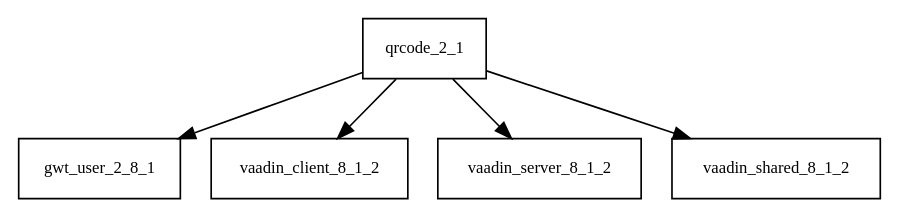
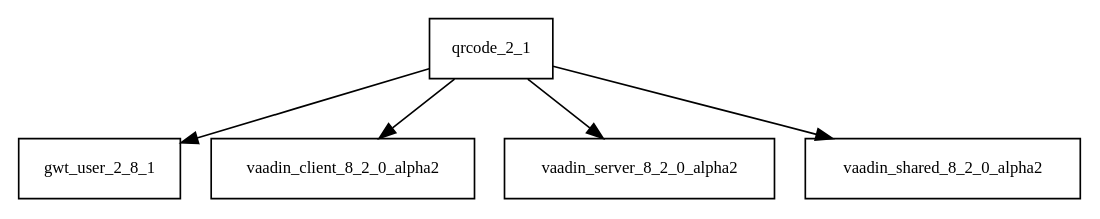
Before and after one commit to AglaianWoman/cia: the diagram in tattleTaleReport/graphviz/qrcode-2.1.jar/qrcode-2.1.jar.dot, drawn with Graphviz. The commit also changed 3333 other files, not shown here.

```diff
--- a/tattleTaleReport/graphviz/qrcode-2.1.jar/qrcode-2.1.jar.dot
+++ b/tattleTaleReport/graphviz/qrcode-2.1.jar/qrcode-2.1.jar.dot
@@ -1,7 +1,7 @@
 digraph qrcode_2_1_dependencies {
   node [shape = box, fontsize=10.0];
   qrcode_2_1 -> gwt_user_2_8_1;
-  qrcode_2_1 -> vaadin_client_8_1_2;
-  qrcode_2_1 -> vaadin_server_8_1_2;
-  qrcode_2_1 -> vaadin_shared_8_1_2;
+  qrcode_2_1 -> vaadin_client_8_2_0_alpha2;
+  qrcode_2_1 -> vaadin_server_8_2_0_alpha2;
+  qrcode_2_1 -> vaadin_shared_8_2_0_alpha2;
 }
```
